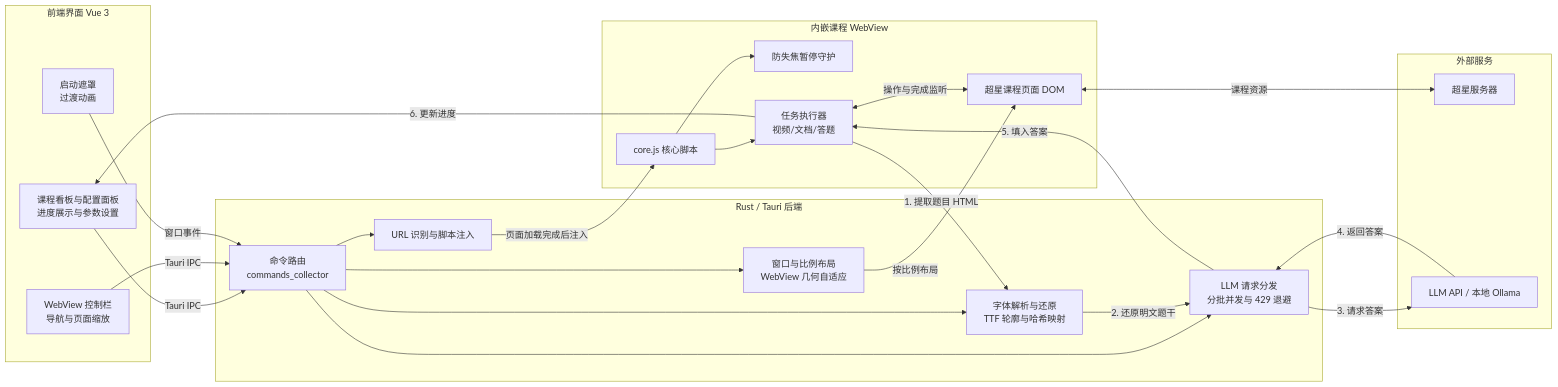
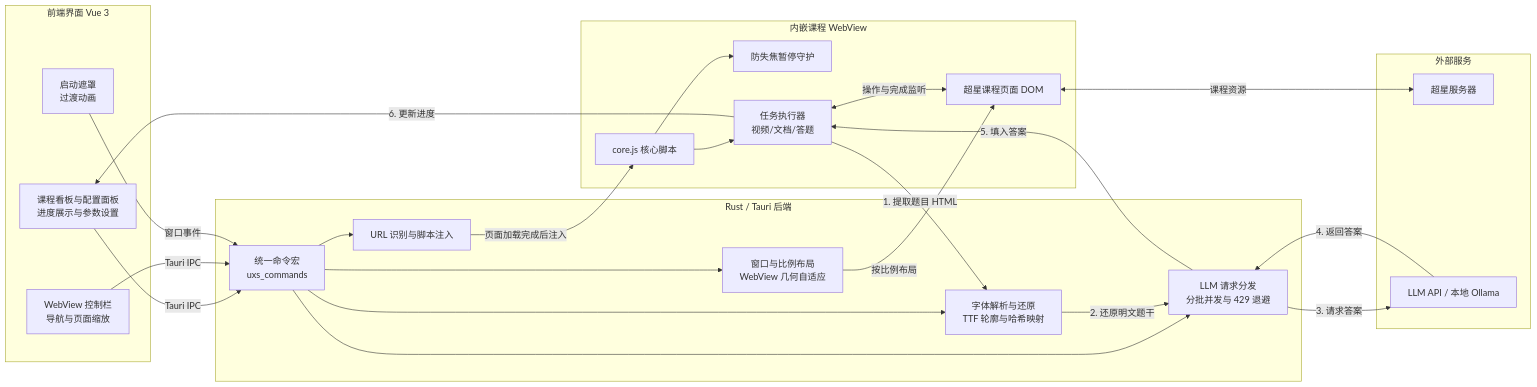
Before and after one commit to unraous/uxuescript: the diagram in README.md, drawn with Mermaid. The commit also changed 26 other files, not shown here.

````diff
--- a/README.md
+++ b/README.md
@@ -82,52 +82,52 @@
 ```mermaid
 flowchart LR
     subgraph UI [前端界面 Vue 3]
         Dashboard[课程看板与配置面板<br/>进度展示与参数设置]
         Controls[WebView 控制栏<br/>导航与页面缩放]
         Mask[启动遮罩<br/>过渡动画]
     end
 
     subgraph Backend [Rust / Tauri 后端]
-        MacroHandler[命令路由<br/>commands_collector]
+        MacroHandler[统一命令宏<br/>uxs_commands]
         WindowEngine[窗口与比例布局<br/>WebView 几何自适应]
         Injector[URL 识别与脚本注入]
         QuizEngine[字体解析与还原<br/>TTF 轮廓与哈希映射]
         LLMDispatcher[LLM 请求分发<br/>分批并发与 429 退避]
     end
 
     subgraph WebviewContext [内嵌课程 WebView]
         CoreJS[core.js 核心脚本]
         StateGuard[防失焦暂停守护]
         TaskExec[任务执行器<br/>视频/文档/答题]
         CourseDOM[超星课程页面 DOM]
     end
 
     subgraph Services [外部服务]
         CXServer[超星服务器]
         LLMService[LLM API / 本地 Ollama]
     end
 
     Dashboard -->|Tauri IPC| MacroHandler
     Controls -->|Tauri IPC| MacroHandler
     Mask -->|窗口事件| MacroHandler
 
     MacroHandler --> WindowEngine
     MacroHandler --> Injector
     MacroHandler --> QuizEngine
     MacroHandler --> LLMDispatcher
 
     WindowEngine -->|按比例布局| CourseDOM
     Injector -->|页面加载完成后注入| CoreJS
 
     CoreJS --> StateGuard
     CoreJS --> TaskExec
     TaskExec <-->|操作与完成监听| CourseDOM
     CourseDOM <-->|课程资源| CXServer
 
     TaskExec -->|1. 提取题目 HTML| QuizEngine
     QuizEngine -->|2. 还原明文题干| LLMDispatcher
     LLMDispatcher -->|3. 请求答案| LLMService
     LLMService -->|4. 返回答案| LLMDispatcher
     LLMDispatcher -->|5. 填入答案| TaskExec
     TaskExec -->|6. 更新进度| Dashboard
 ```
````
